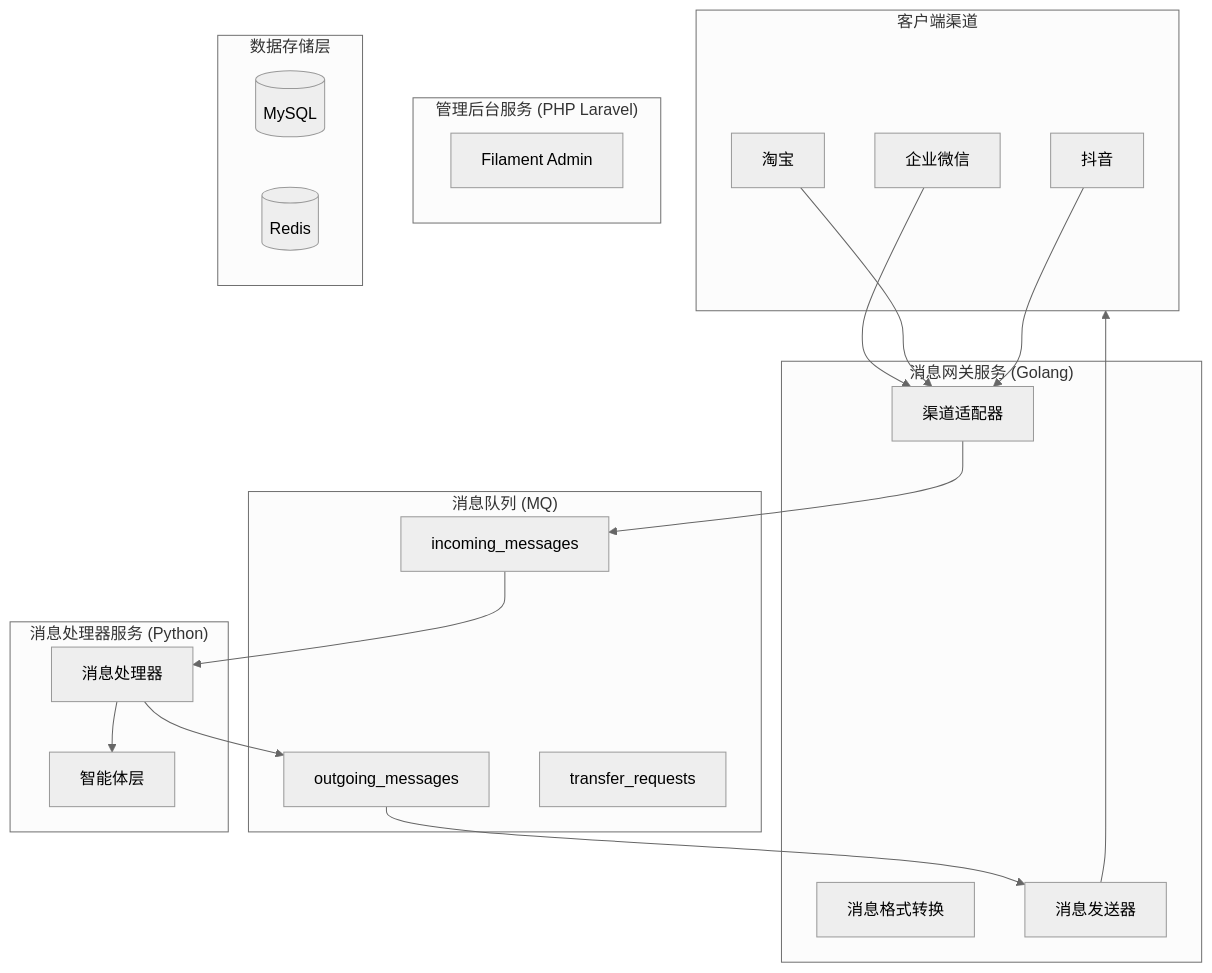
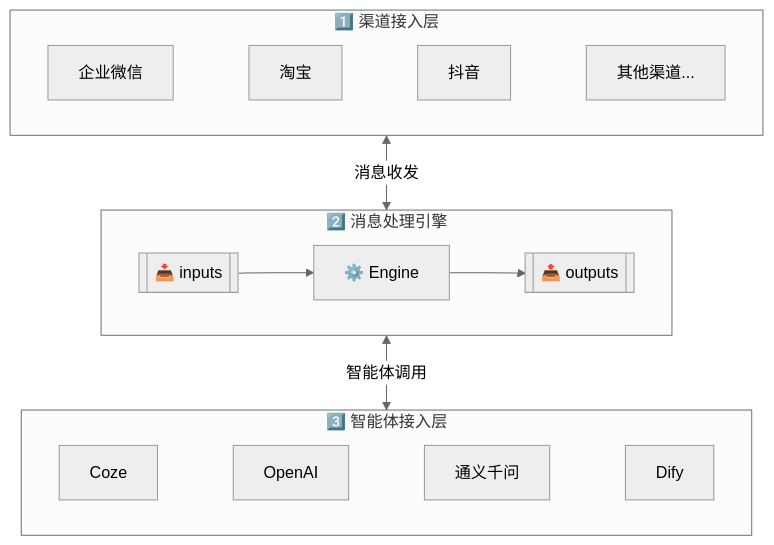
The diagram in README.md (liushoukun/huizhida-chatbot), drawn with Mermaid (neutral theme) before and after one commit. The commit also changed other lines of this file and 3 other files, not shown here.

````diff
--- a/README.md
+++ b/README.md
@@ -27,45 +25,20 @@
 ```mermaid
 flowchart TB
-    subgraph Clients["客户端渠道"]
-        WeChat["企业微信"]
-        Taobao["淘宝"]
-        Douyin["抖音"]
+    subgraph Layer1["1️⃣ 渠道接入层"]
+        direction LR
+        WeChat["企业微信"] ~~~ Taobao["淘宝"] ~~~ Douyin["抖音"] ~~~ OtherChannel["其他渠道..."]
     end
 
-    subgraph GatewayService["消息网关服务 (Golang)"]
-        Adapters["渠道适配器"]
-        Transformer["消息格式转换"]
-        MsgSender["消息发送器"]
+    subgraph Layer2["2️⃣ 消息处理引擎"]
+        direction LR
+        InputsQueue[["📥 inputs"]] --> Engine["⚙️ Engine"] --> OutputsQueue[["📤 outputs"]]
     end
 
-    subgraph MessageQueue["消息队列 (MQ)"]
-        InQueue["incoming_messages"]
-        OutQueue["outgoing_messages"]
-        TransferQueue["transfer_requests"]
+    subgraph Layer3["3️⃣ 智能体接入层"]
+        direction LR
+        Coze["Coze"] ~~~ OpenAI["OpenAI"] ~~~ Qwen["通义千问"] ~~~ Dify["Dify"]
     end
 
-    subgraph ProcessorService["消息处理器服务 (Python)"]
-        Processor["消息处理器"]
-        AgentLayer["智能体层"]
-    end
-
-    subgraph AdminService["管理后台服务 (PHP Laravel)"]
-        Filament["Filament Admin"]
-    end
-
-    subgraph Storage["数据存储层"]
-        MySQL[("MySQL")]
-        Redis[("Redis")]
-    end
-
-    WeChat --> Adapters
-    Taobao --> Adapters
-    Douyin --> Adapters
-    
-    Adapters --> InQueue
-    InQueue --> Processor
-    Processor --> AgentLayer
-    Processor --> OutQueue
-    OutQueue --> MsgSender
-    MsgSender --> Clients
+    Layer1 <-->|"消息收发"| Layer2
+    Layer2 <-->|"智能体调用"| Layer3
 ```
````
